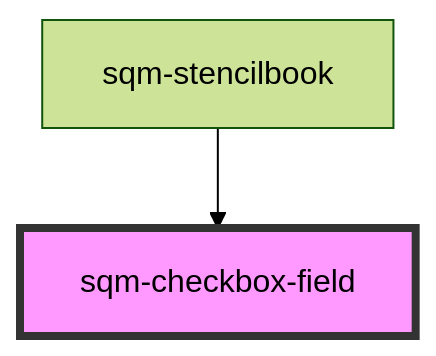
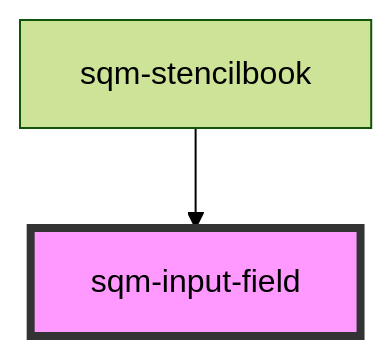
One commit to saasquatch/program-tools changed the diagram in packages/mint-components/src/components/sqm-input-field/readme.md. Above: the diagram before and after it, drawn with Mermaid (forest theme). The commit also changed other lines of this file and 8 other files, not shown here.

````diff
--- a/packages/mint-components/src/components/sqm-input-field/readme.md
+++ b/packages/mint-components/src/components/sqm-input-field/readme.md
@@ -28,5 +27,5 @@
 ```mermaid
 graph TD;
-  sqm-stencilbook --> sqm-checkbox-field
-  style sqm-checkbox-field fill:#f9f,stroke:#333,stroke-width:4px
+  sqm-stencilbook --> sqm-input-field
+  style sqm-input-field fill:#f9f,stroke:#333,stroke-width:4px
 ```
````
